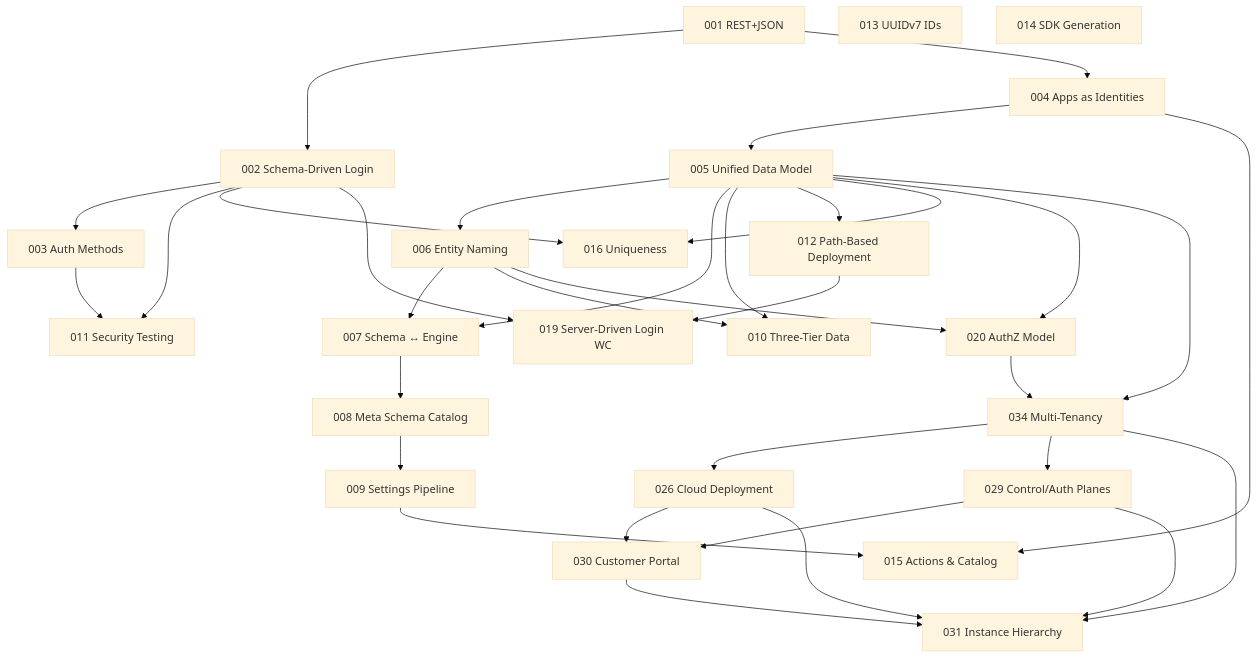
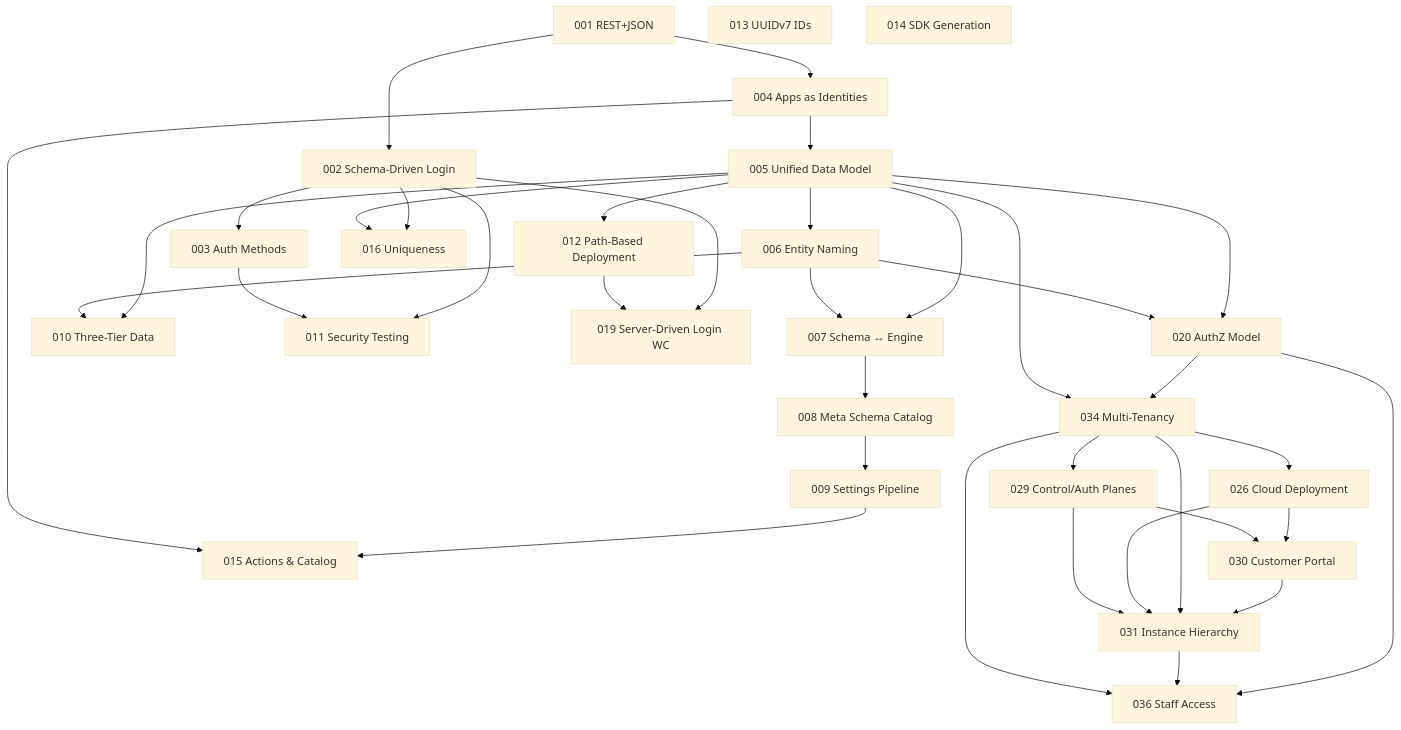
The diagram in docs/000-index.md (fforootd/hodor), drawn with Mermaid (base theme) before and after one commit. The commit also changed other lines of this file and 82 other files, not shown here.

````diff
--- a/docs/000-index.md
+++ b/docs/000-index.md
@@ -121,37 +122,40 @@
 ```mermaid
 graph TD
     A001[001 REST+JSON] --> A002[002 Schema-Driven Login]
     A002 --> A003[003 Auth Methods]
     A001 --> A004[004 Apps as Identities]
     A004 --> A005[005 Unified Data Model]
     A005 --> A006[006 Entity Naming]
     A005 --> A007[007 Schema ↔ Engine]
     A006 --> A007
     A007 --> A008[008 Meta Schema Catalog]
     A008 --> A009[009 Settings Pipeline]
     A005 --> A010[010 Three-Tier Data]
     A006 --> A010
     A002 --> A011[011 Security Testing]
     A003 --> A011
     A005 --> A012[012 Path-Based Deployment]
     A013[013 UUIDv7 IDs]
     A014[014 SDK Generation]
     A009 --> A015[015 Actions & Catalog]
     A004 --> A015
     A002 --> A016[016 Uniqueness]
     A005 --> A016
     A002 --> A019[019 Server-Driven Login WC]
     A012 --> A019
     A005 --> A020[020 AuthZ Model]
     A006 --> A020
     A020 --> A034[034 Multi-Tenancy]
     A005 --> A034
     A034 --> A026[026 Cloud Deployment]
     A034 --> A029[029 Control/Auth Planes]
     A026 --> A030[030 Customer Portal]
     A029 --> A030
     A030 --> A031[031 Instance Hierarchy]
     A034 --> A031
     A026 --> A031
     A029 --> A031
+    A020 --> A036[036 Staff Access]
+    A031 --> A036
+    A034 --> A036
 ```
````
